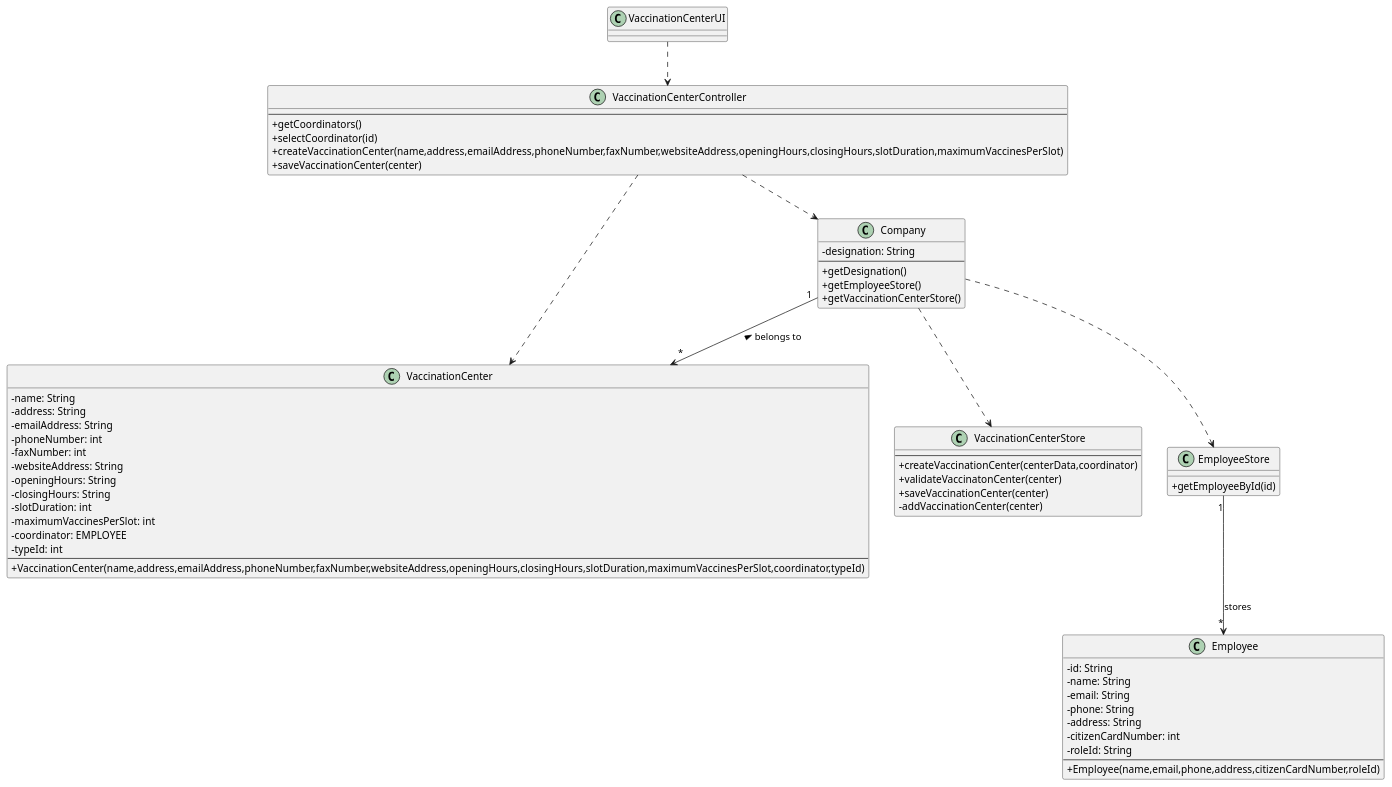
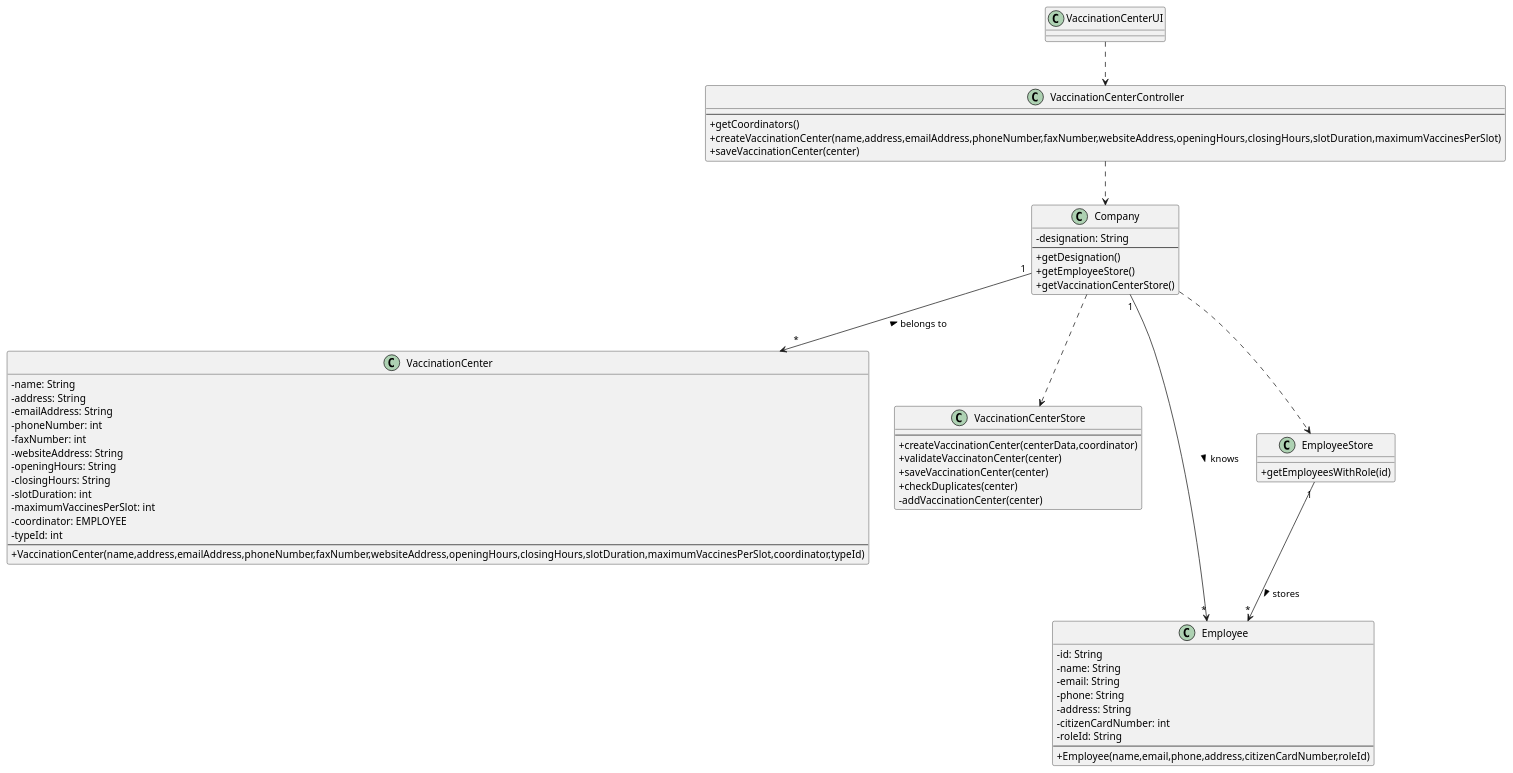
The diagram in docs/SprintB/US09/CD/US09_CD.puml (miseEnPlace-i/lapr2), drawn with PlantUML before and after one commit. The commit also changed 1 other file, not shown here.

```diff
--- a/docs/SprintB/US09/CD/US09_CD.puml
+++ b/docs/SprintB/US09/CD/US09_CD.puml
@@ -1,72 +1,72 @@
 @startuml US09_CD
 skinparam classAttributeIconSize 0
 
 class VaccinationCenter {
   - name: String
   - address: String
   - emailAddress: String
   - phoneNumber: int
   - faxNumber: int
   - websiteAddress: String
   - openingHours: String
   - closingHours: String
   - slotDuration: int
   - maximumVaccinesPerSlot: int
   - coordinator: EMPLOYEE
   - typeId: int
   ---
  +VaccinationCenter(name,address,emailAddress,phoneNumber,faxNumber,websiteAddress,openingHours,closingHours,slotDuration,maximumVaccinesPerSlot,coordinator,typeId)
 }
 
 
 class Company {
   -designation: String
   ---
   +getDesignation()
   +getEmployeeStore()
   +getVaccinationCenterStore()
 }
 
 class VaccinationCenterStore {
 ---
 +createVaccinationCenter(centerData,coordinator)
 +validateVaccinatonCenter(center)
 +saveVaccinationCenter(center)
++checkDuplicates(center)
 -addVaccinationCenter(center)
 }
 
 class Employee {
   -id: String 
   -name: String 
   -email: String 
   -phone: String 
   -address: String 
   -citizenCardNumber: int 
   -roleId: String 
   ---
   +Employee(name,email,phone,address,citizenCardNumber,roleId)
 }
 
 class EmployeeStore {
-  +getEmployeeById(id)
+  +getEmployeesWithRole(id)
 }
 
 class VaccinationCenterController {
   ---
   +getCoordinators()
-  +selectCoordinator(id)
   +createVaccinationCenter(name,address,emailAddress,phoneNumber,faxNumber,websiteAddress,openingHours,closingHours,slotDuration,maximumVaccinesPerSlot)
   +saveVaccinationCenter(center)
 }
 
 class VaccinationCenterUI {}
 
 VaccinationCenterUI ..> VaccinationCenterController
 VaccinationCenterController ..> Company
 Company "1" --> "*" VaccinationCenter : belongs to <
-VaccinationCenterController ..> VaccinationCenter
 Company ..> VaccinationCenterStore
 Company ..> EmployeeStore
-EmployeeStore "1" --> "*" Employee : stores
+EmployeeStore "1" --> "*" Employee : stores >
+Company "1" --> "*" Employee : knows >
 
 @enduml
```
